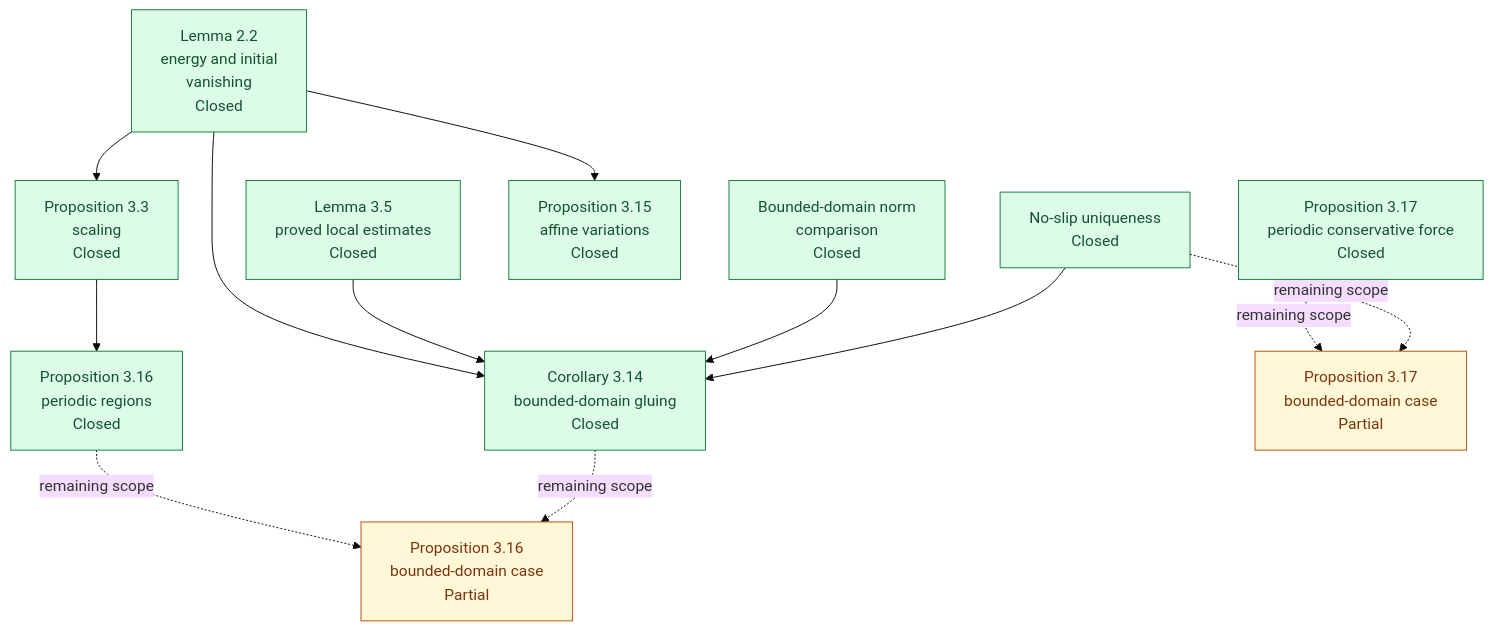
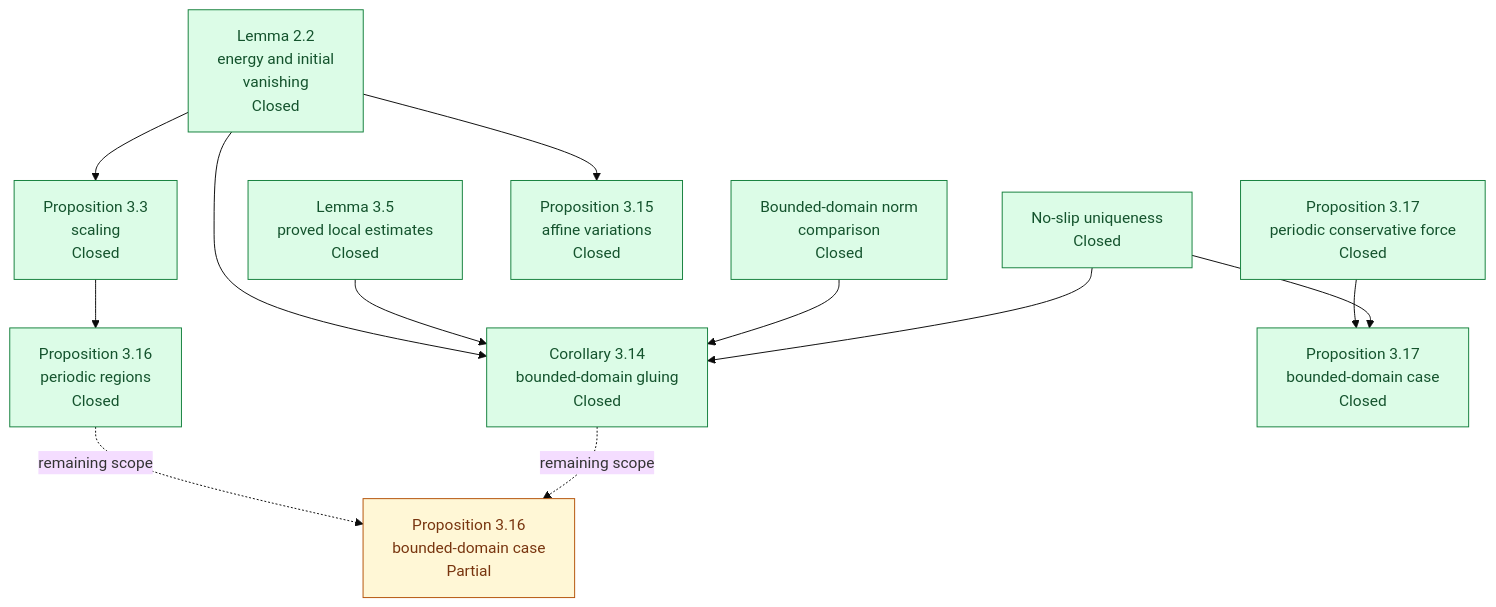
Before and after one commit to mathzhuonichi/blowup_density: the third of 4 diagrams in formalization/blueprint/DEPENDENCY_GRAPH.md, drawn with Mermaid (base theme). The commit also changed other lines of this file and 14 other files, not shown here.

````diff
--- a/formalization/blueprint/DEPENDENCY_GRAPH.md
+++ b/formalization/blueprint/DEPENDENCY_GRAPH.md
@@ -89,30 +89,30 @@
 ```mermaid
 flowchart TD
   E22["Lemma 2.2<br/>energy and initial<br/>vanishing<br/>Closed"]
   C35_LOCAL["Lemma 3.5<br/>proved local estimates<br/>Closed"]
   BN["Bounded-domain norm<br/>comparison<br/>Closed"]
   BU["No-slip uniqueness<br/>Closed"]
   B314["Corollary 3.14<br/>bounded-domain gluing<br/>Closed"]
   A315["Proposition 3.15<br/>affine variations<br/>Closed"]
   S33["Proposition 3.3<br/>scaling<br/>Closed"]
   M316["Proposition 3.16<br/>periodic regions<br/>Closed"]
   M316_B["Proposition 3.16<br/>bounded-domain case<br/>Partial"]
   C317["Proposition 3.17<br/>periodic conservative force<br/>Closed"]
-  C317_B["Proposition 3.17<br/>bounded-domain case<br/>Partial"]
+  C317_B["Proposition 3.17<br/>bounded-domain case<br/>Closed"]
   E22 --> B314
   C35_LOCAL --> B314
   BN --> B314
   BU --> B314
   E22 --> A315
   E22 --> S33
   S33 --> M316
   M316 -. remaining scope .-> M316_B
   B314 -. remaining scope .-> M316_B
-  C317 -. remaining scope .-> C317_B
-  BU -. remaining scope .-> C317_B
+  C317 --> C317_B
+  BU --> C317_B
   classDef closed fill:#dcfce7,stroke:#15803d,color:#14532d;
   classDef partial fill:#fff7d6,stroke:#b45309,color:#78350f;
   classDef mainResult stroke-width:4px;
-  class E22,C35_LOCAL,BN,BU,B314,A315,S33,M316,C317 closed;
-  class M316_B,C317_B partial;
+  class E22,C35_LOCAL,BN,BU,B314,A315,S33,M316,C317,C317_B closed;
+  class M316_B partial;
 ```
````
